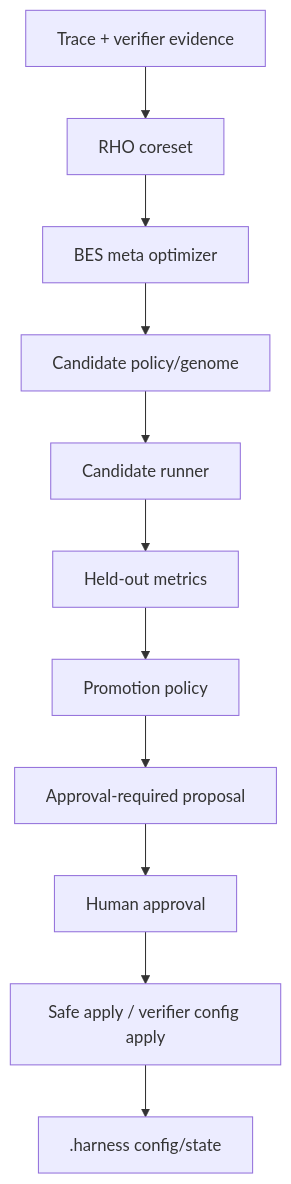
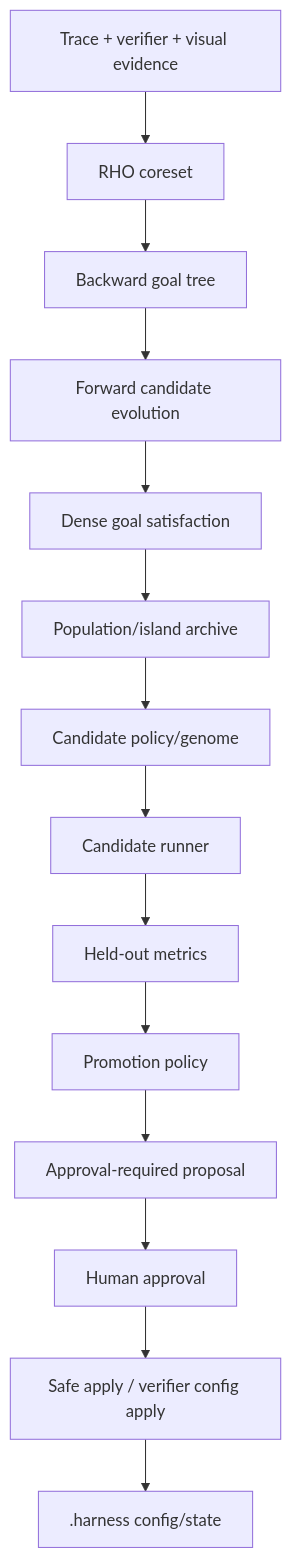
The fifth of 6 diagrams in docs/architecture/feature-architecture-map.md (PhantomG27249/helios-forge), drawn with Mermaid before and after one commit. The commit also changed other lines of this file and 12 other files, not shown here.

Commit message:
feat: add bidirectional BES evolution loop

````diff
--- a/docs/architecture/feature-architecture-map.md
+++ b/docs/architecture/feature-architecture-map.md
@@ -195,13 +196,16 @@
 ```mermaid
 flowchart TD
-  TraceEvidence["Trace + verifier evidence"] --> RHO["RHO coreset"]
-  RHO --> BES["BES meta optimizer"]
-  BES --> Candidate["Candidate policy/genome"]
+  TraceEvidence["Trace + verifier + visual evidence"] --> RHO["RHO coreset"]
+  RHO --> Backward["Backward goal tree"]
+  Backward --> Forward["Forward candidate evolution"]
+  Forward --> DenseScore["Dense goal satisfaction"]
+  DenseScore --> Population["Population/island archive"]
+  Population --> Candidate["Candidate policy/genome"]
   Candidate --> Runner["Candidate runner"]
   Runner --> Metrics["Held-out metrics"]
   Metrics --> Promotion["Promotion policy"]
   Promotion --> Proposal["Approval-required proposal"]
   Proposal --> Human["Human approval"]
   Human --> Apply["Safe apply / verifier config apply"]
   Apply --> HarnessConfig[".harness config/state"]
 ```
````
